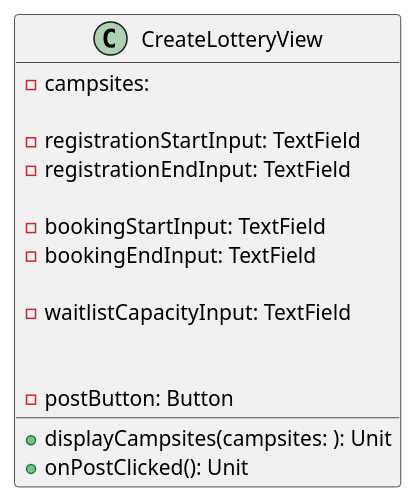
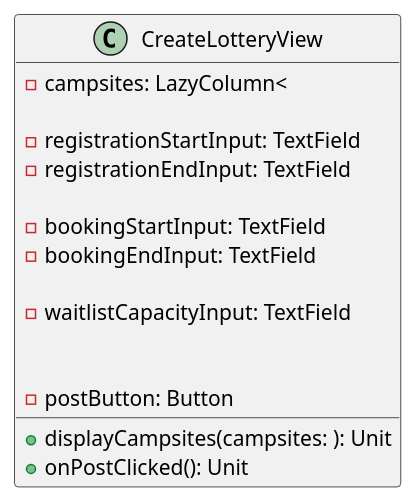
The diagram in doc/wiki-images/UML/lottery/CreateLotteryView.puml (CMPUT301F26cipher/cipher-proj), drawn with PlantUML before and after one commit. The commit also changed 7 other files, not shown here.

```diff
--- a/doc/wiki-images/UML/lottery/CreateLotteryView.puml
+++ b/doc/wiki-images/UML/lottery/CreateLotteryView.puml
@@ -1,26 +1,26 @@
 
 class CreateLotteryView {
-    ' list multiple campsites in a lottery for a certain period.
-    -campsites: 
+    ' Purpose: list multiple campsites in a lottery for a certain period.
+    -campsites: LazyColumn<
 
     ' textbox to set registration period
     -registrationStartInput: TextField
     -registrationEndInput: TextField
 
     ' textbox to set booking period
     -bookingStartInput: TextField
     -bookingEndInput: TextField
 
     ' textbox to set number of lottery winners
     -waitlistCapacityInput: TextField
 
     ' textbox to optionally set a capacity for my lottery waitlist.
 
     ' button to post lottery
     -postButton: Button
 
     ' --- methods ---
     +displayCampsites(campsites: ): Unit
     +onPostClicked(): Unit
 
 }
```
